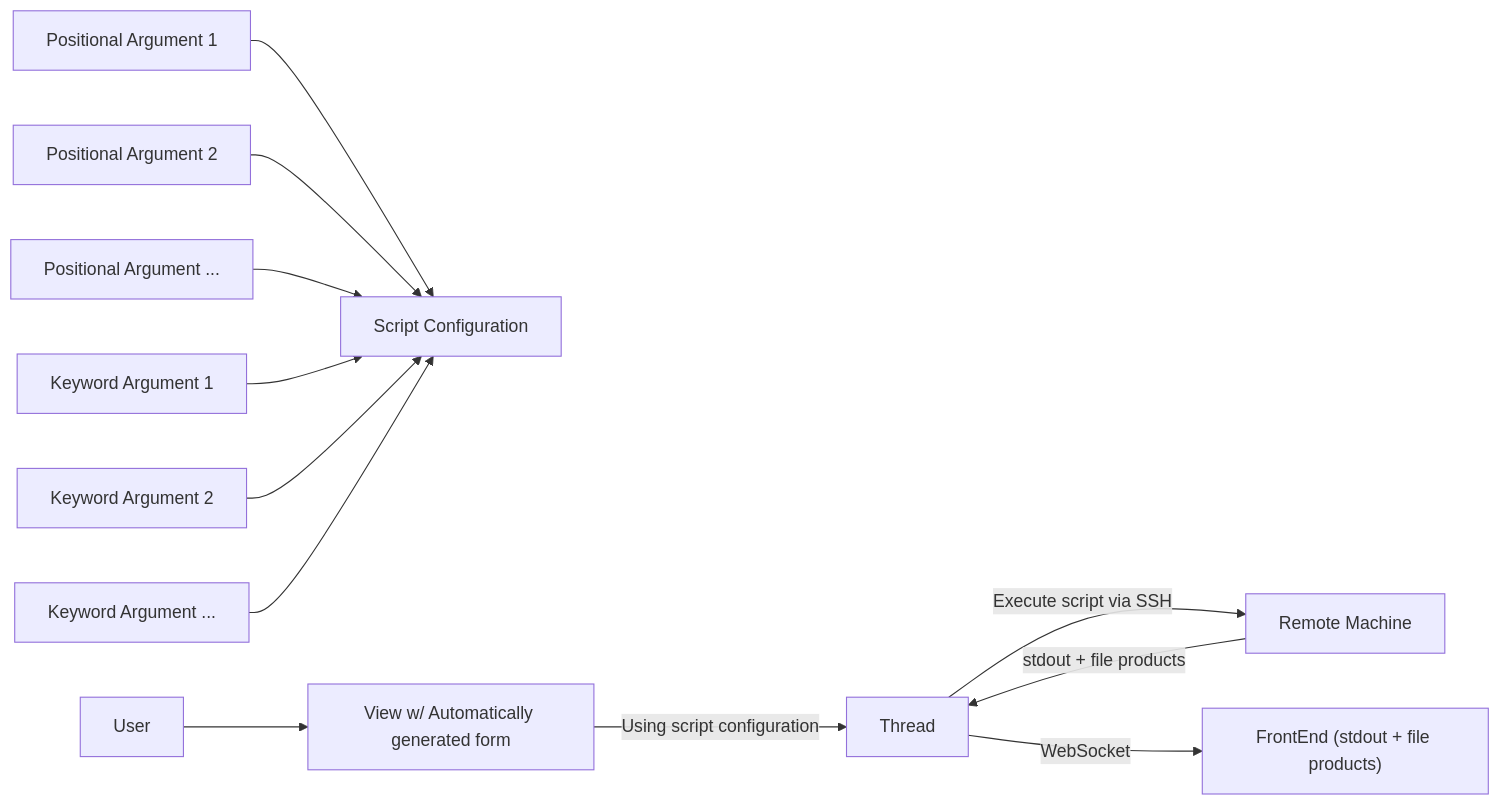
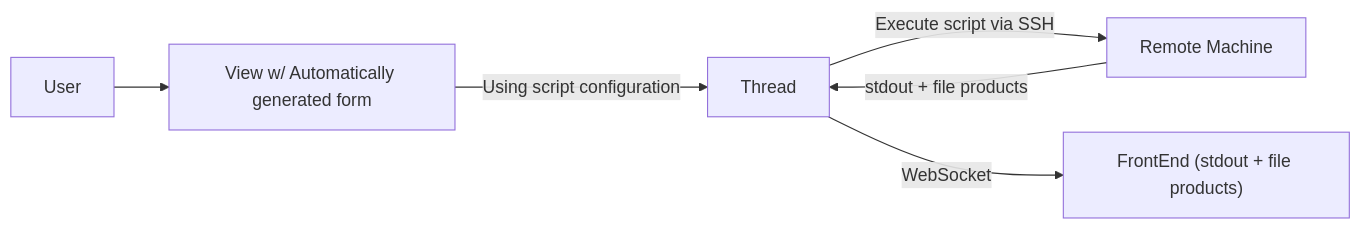
One commit to CMSTrackerDPG/cms-tkdpg-software-knowledge-transfer changed the second of 2 diagrams in docs/certhelper/apps/remotescripts/overview.md. Above: the diagram before and after it, drawn with Mermaid. The commit also changed other lines of this file, not shown here.

Commit message:
Updated graphs

````diff
--- a/docs/certhelper/apps/remotescripts/overview.md
+++ b/docs/certhelper/apps/remotescripts/overview.md
@@ -11,16 +29,9 @@
 ```mermaid
 flowchart LR
-	arg1[Positional Argument 1] --> script[Script Configuration] 
-	arg2[Positional Argument 2] --> script
-	argdot[Positional Argument ...] --> script	
-	kwarg1[Keyword Argument 1] --> script
-	kwarg2[Keyword Argument 2] --> script	
-	kwargdot[Keyword Argument ...] --> script		
-	
 	User --> View[View w/ Automatically generated form]
 	View -- Using script configuration --> thread[Thread]
 	thread -- Execute script via SSH --> remote[Remote Machine]
 	remote -- stdout + file products --> thread
 	thread -- WebSocket --> fe["FrontEnd (stdout + file products)"]
 
 ```
````
